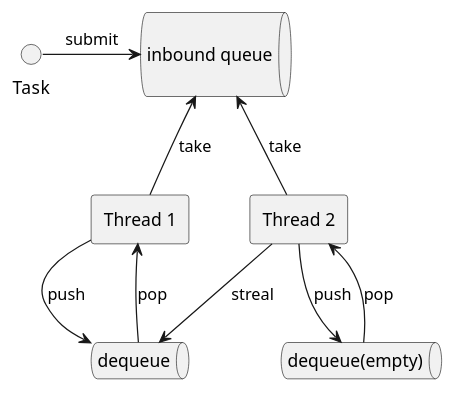
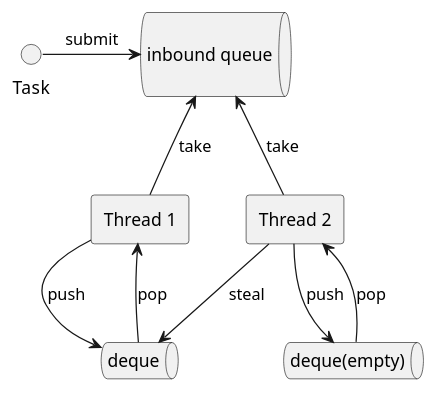
The diagram in plantuml/java/concept-parallelstream-forkjoin-2.plantuml (windowforsun/blog), drawn with PlantUML before and after one commit. The commit also changed 2 other files, not shown here.

```diff
--- a/plantuml/java/concept-parallelstream-forkjoin-2.plantuml
+++ b/plantuml/java/concept-parallelstream-forkjoin-2.plantuml
@@ -1,35 +1,35 @@
 @startuml
 
 interface "Task" as t
 
 queue "\ninbound queue\n" as iq
 
 t -r-> iq :submit
 
 rectangle "Thread 1" as th1
 
-queue "dequeue" as d1
+queue "deque" as d1
 
 rectangle "Thread 2" as th2
 
-queue "dequeue(empty)" as d2
+queue "deque(empty)" as d2
 
 th1 -u-> iq :take
 th2 -u-> iq :take
 
 th1 --> d1 :push
 th1 <-- d1 :pop
 th2 --> d2 :push
 th2 <-- d2 :pop
 
-th2 --> d1: streal
+th2 --> d1: steal
 
 
 
 
 
 
 
 
 
 @enduml
```
